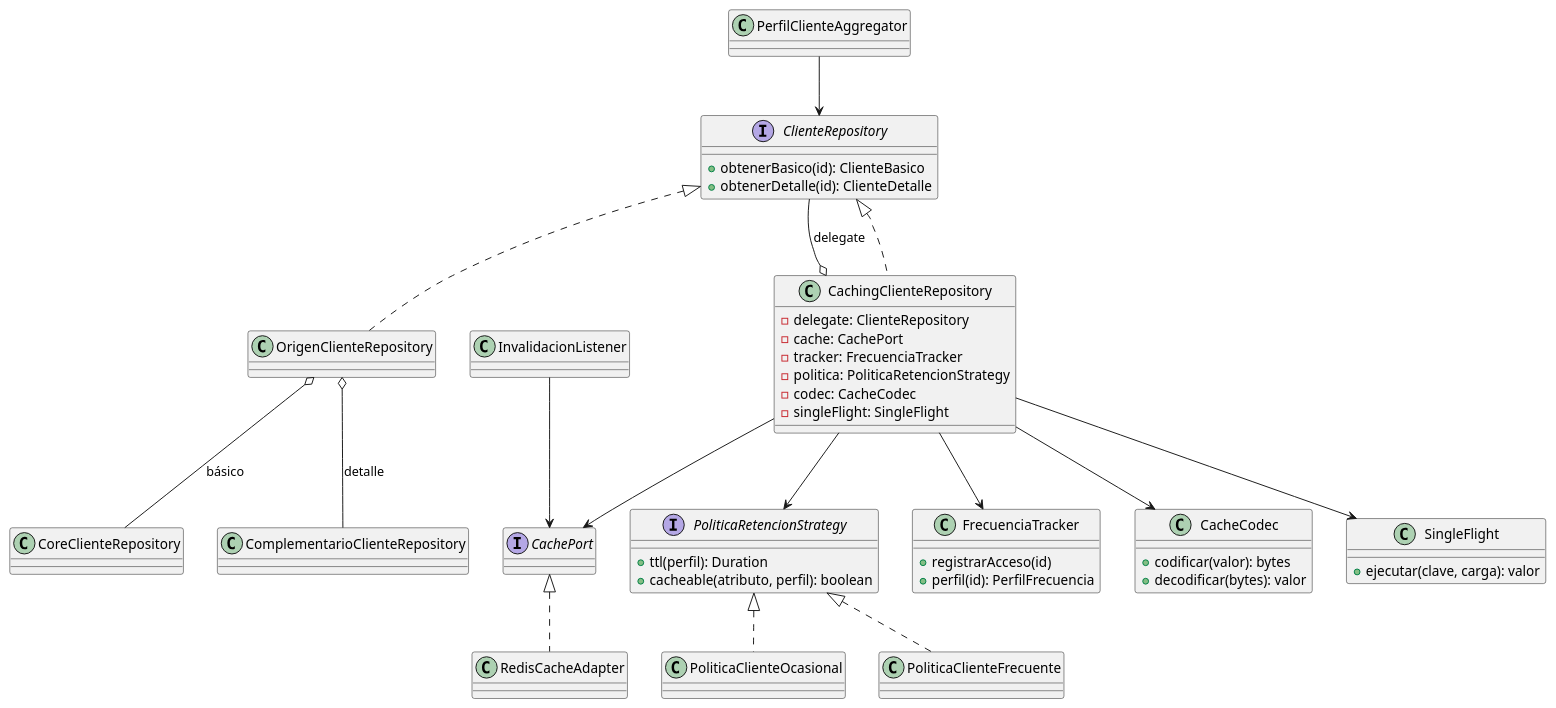
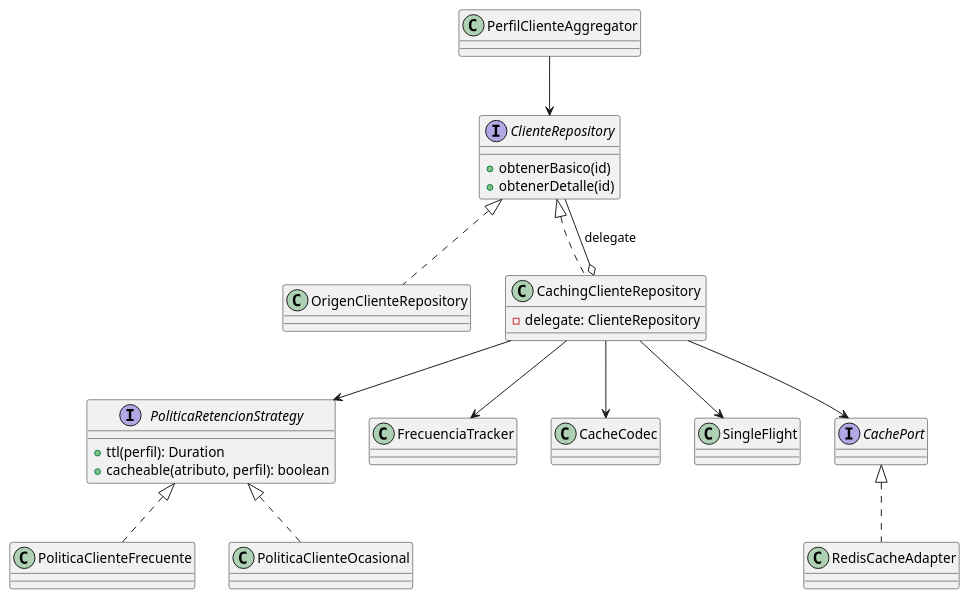
One commit to dledesman/banca-por-internet changed the tenth of 13 diagrams in Propuesta_Arquitectura_BP.md. Above: the diagram before and after it, drawn with PlantUML. The commit also changed other lines of this file and 15 other files, not shown here.

Commit message:
Actualización propuesta de arquitectura y diagramas

````diff
--- a/Propuesta_Arquitectura_BP.md
+++ b/Propuesta_Arquitectura_BP.md
@@ -1330,56 +707,37 @@
 ```plantuml
 @startuml Patron_Clientes_Frecuentes
 interface ClienteRepository {
-  +obtenerBasico(id): ClienteBasico
-  +obtenerDetalle(id): ClienteDetalle
+  +obtenerBasico(id)
+  +obtenerDetalle(id)
 }
-class CoreClienteRepository
-class ComplementarioClienteRepository
 class OrigenClienteRepository
 class CachingClienteRepository {
   -delegate: ClienteRepository
-  -cache: CachePort
-  -tracker: FrecuenciaTracker
-  -politica: PoliticaRetencionStrategy
-  -codec: CacheCodec
-  -singleFlight: SingleFlight
-}
-class CacheCodec {
-  +codificar(valor): bytes
-  +decodificar(bytes): valor
-}
-class SingleFlight {
-  +ejecutar(clave, carga): valor
 }
 interface PoliticaRetencionStrategy {
   +ttl(perfil): Duration
   +cacheable(atributo, perfil): boolean
 }
 class PoliticaClienteFrecuente
 class PoliticaClienteOcasional
-class FrecuenciaTracker {
-  +registrarAcceso(id)
-  +perfil(id): PerfilFrecuencia
-}
+class FrecuenciaTracker
+class CacheCodec
+class SingleFlight
 interface CachePort
 class RedisCacheAdapter
-class InvalidacionListener
 class PerfilClienteAggregator
 
 ClienteRepository <|.. OrigenClienteRepository
-OrigenClienteRepository o-- CoreClienteRepository : básico
-OrigenClienteRepository o-- ComplementarioClienteRepository : detalle
+ClienteRepository <|.. CachingClienteRepository
+CachingClienteRepository o-- ClienteRepository : delegate
+CachingClienteRepository --> PoliticaRetencionStrategy
+CachingClienteRepository --> FrecuenciaTracker
 CachingClienteRepository --> CacheCodec
 CachingClienteRepository --> SingleFlight
-ClienteRepository <|.. CachingClienteRepository
-CachingClienteRepository o-- ClienteRepository : delegate
 CachingClienteRepository --> CachePort
-CachingClienteRepository --> FrecuenciaTracker
-CachingClienteRepository --> PoliticaRetencionStrategy
 PoliticaRetencionStrategy <|.. PoliticaClienteFrecuente
 PoliticaRetencionStrategy <|.. PoliticaClienteOcasional
 CachePort <|.. RedisCacheAdapter
-InvalidacionListener --> CachePort
 PerfilClienteAggregator --> ClienteRepository
 @enduml
 ```
````
